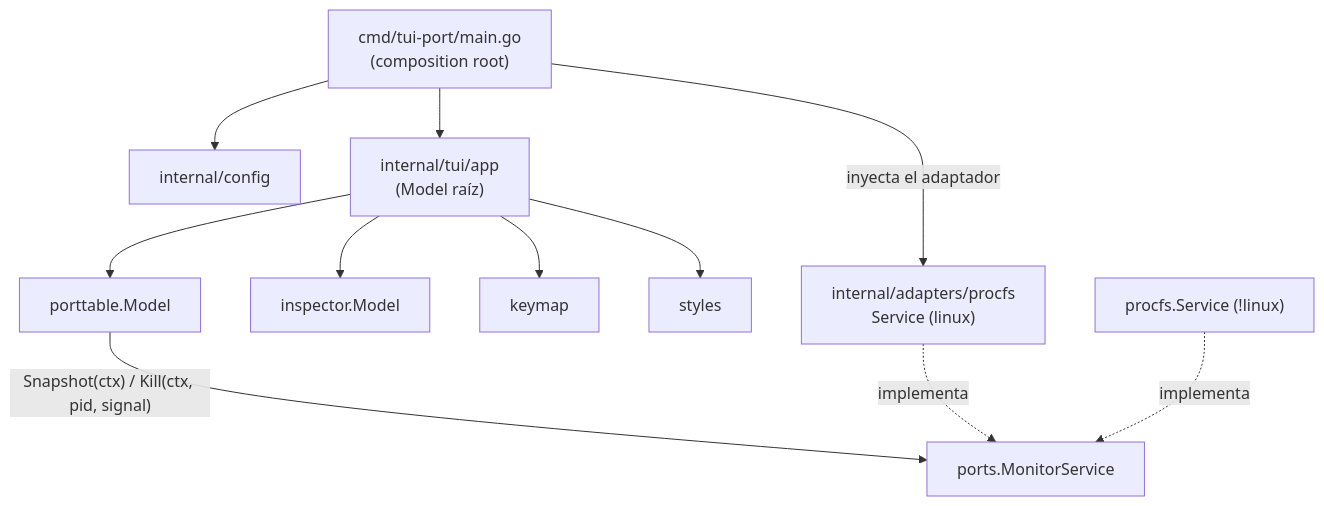
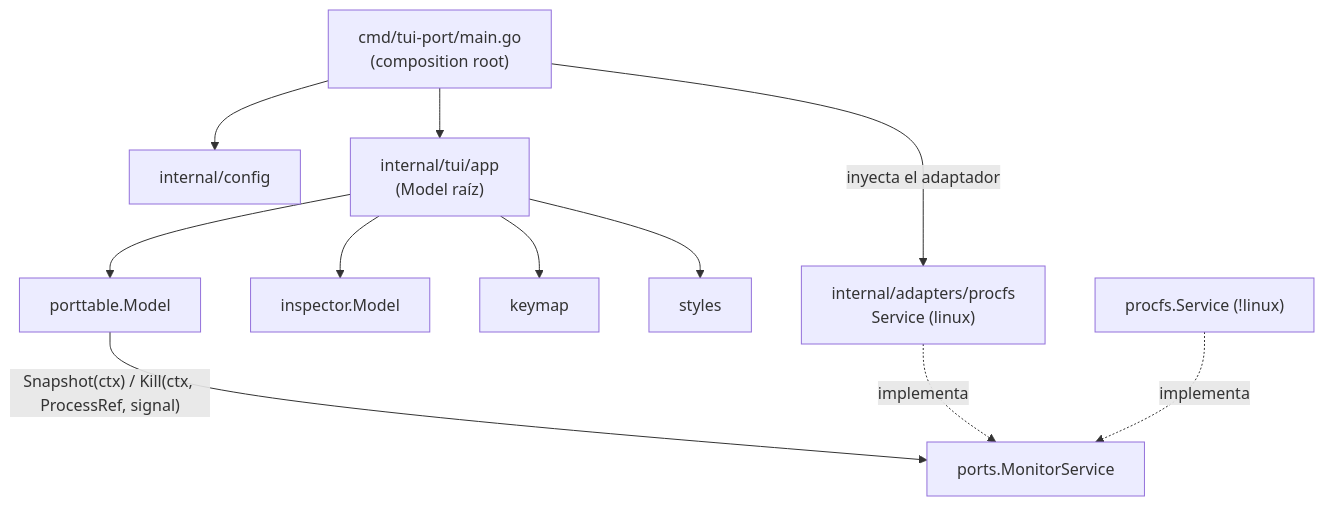
Before and after one commit to MiguelFPP/tui-port: the diagram in README.md, drawn with Mermaid. The commit also changed other lines of this file and 3 other files, not shown here.

````diff
--- a/README.md
+++ b/README.md
@@ -502,13 +507,13 @@
 ```mermaid
 flowchart TB
   M["cmd/tui-port/main.go<br/>(composition root)"] --> C[internal/config]
   M --> A["internal/tui/app<br/>(Model raíz)"]
   M -->|"inyecta el adaptador"| L["internal/adapters/procfs<br/>Service (linux)"]
   A --> T["porttable.Model"]
   A --> I["inspector.Model"]
   A --> K[keymap]
   A --> S[styles]
-  T -->|"Snapshot(ctx) / Kill(ctx, pid, signal)"| P["ports.MonitorService"]
+  T -->|"Snapshot(ctx) / Kill(ctx, ProcessRef, signal)"| P["ports.MonitorService"]
   L -.->|implementa| P
   O["procfs.Service (!linux)"] -.->|implementa| P
 ```
````
